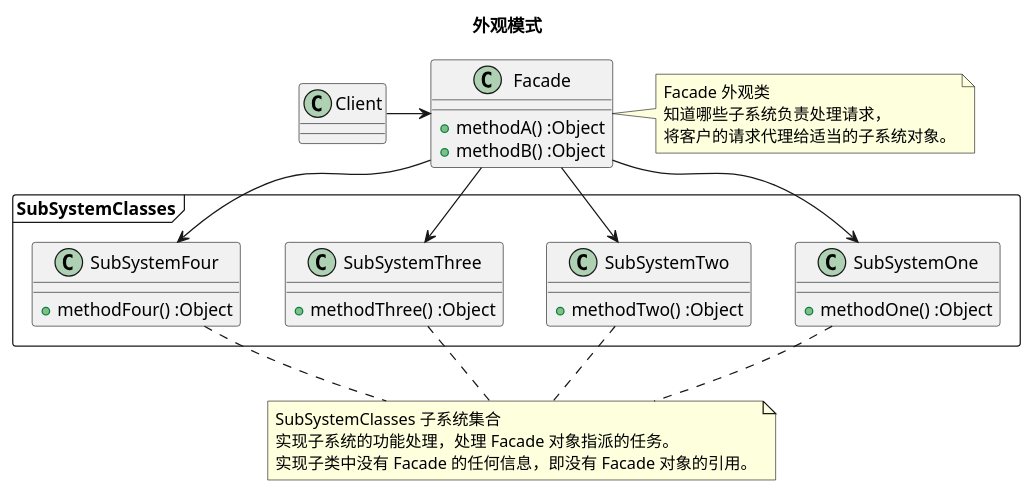
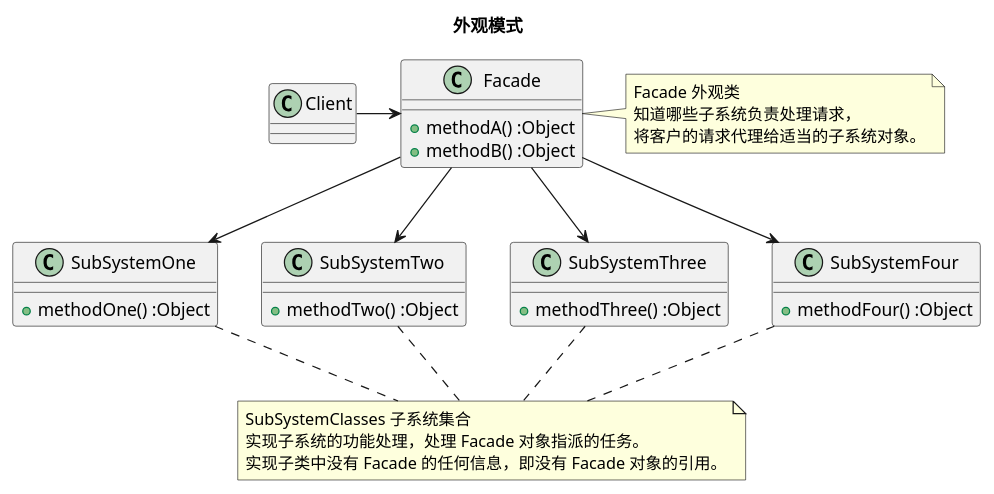
One commit to diguage/deep-in-design-patterns changed the diagram in puml/facade.puml. Above: the diagram before and after it, drawn with PlantUML. The commit also changed 1 other file, not shown here.

Commit message:
更新Facade类图

```diff
--- a/puml/facade.puml
+++ b/puml/facade.puml
@@ -1,43 +1,42 @@
 @startuml
 
 title <b>外观模式</b>
 
 class Client {
 }
 
 class Facade {
   + methodA() :Object
   + methodB() :Object
 }
 note right: Facade 外观类\n知道哪些子系统负责处理请求，\n将客户的请求代理给适当的子系统对象。
 
-package SubSystemClasses <<Frame>> {
-  class SubSystemOne {
-    + methodOne() :Object
-  }
+class SubSystemOne {
+  + methodOne() :Object
+}
 
-  class SubSystemTwo {
-    + methodTwo() :Object
-  }
+class SubSystemTwo {
+  + methodTwo() :Object
+}
 
-  class SubSystemThree {
-    + methodThree() :Object
-  }
+class SubSystemThree {
+  + methodThree() :Object
+}
 
-  class SubSystemFour {
-    + methodFour() :Object
-  }
+class SubSystemFour {
+  + methodFour() :Object
 }
+
 note "SubSystemClasses 子系统集合\n实现子系统的功能处理，处理 Facade 对象指派的任务。\n实现子类中没有 Facade 的任何信息，即没有 Facade 对象的引用。" as ssn
 SubSystemOne .. ssn
 SubSystemTwo .. ssn
 SubSystemThree .. ssn
 SubSystemFour .. ssn
 
 Client -right-> Facade
 Facade --> SubSystemOne
 Facade --> SubSystemTwo
 Facade --> SubSystemThree
 Facade --> SubSystemFour
 
 @enduml
```
